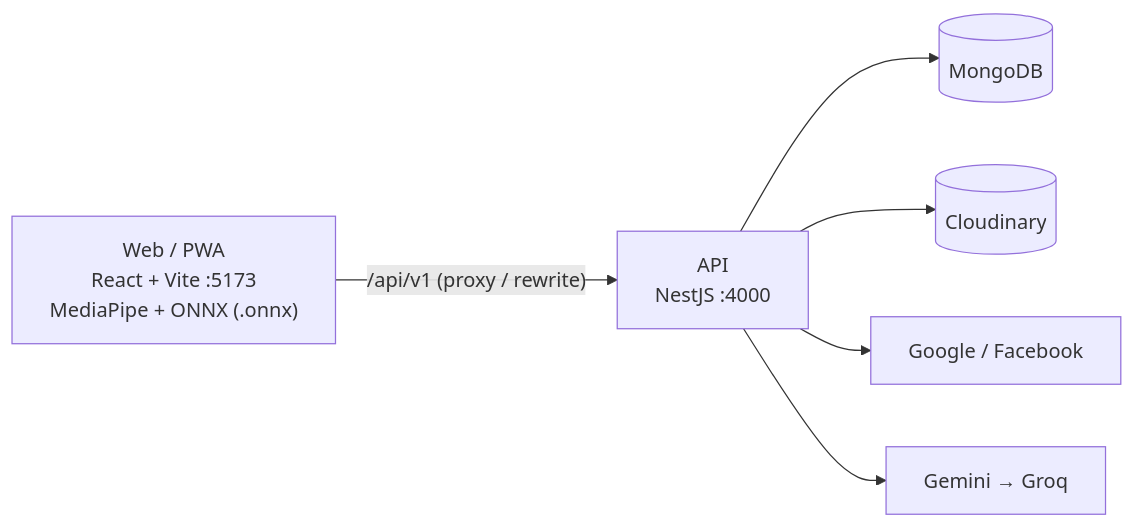
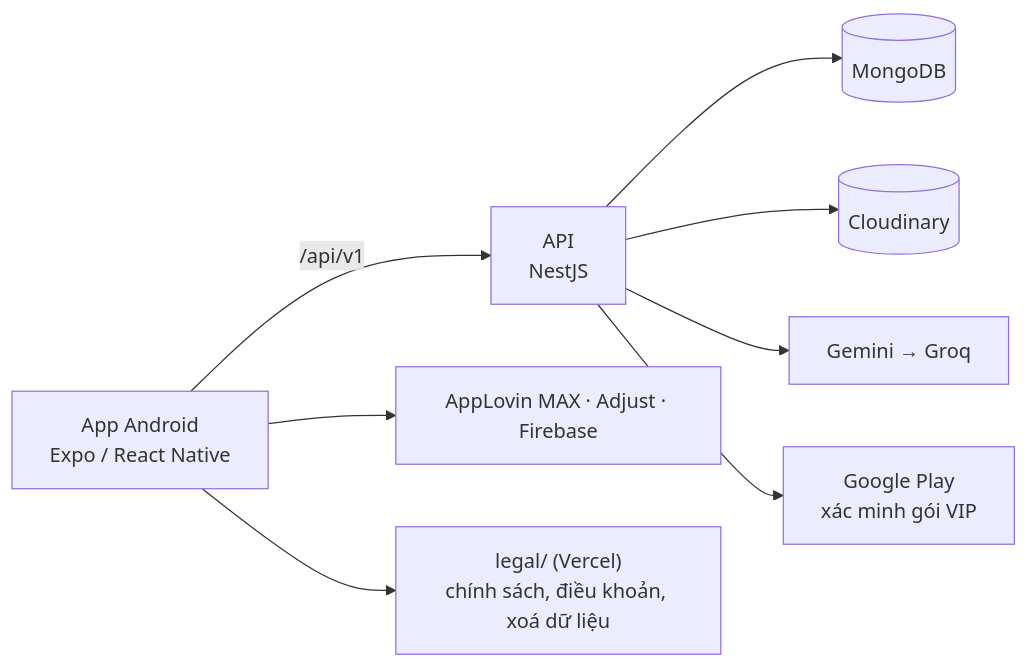
One commit to ahauy/boi changed the diagram in README.md. Above: the diagram before and after it, drawn with Mermaid. The commit also changed other lines of this file and 332 other files, not shown here.

Commit message:
Rewrite policies and docs for the Android-only app (#27)

````diff
--- a/README.md
+++ b/README.md
@@ -34,8 +33,10 @@
 ```mermaid
 flowchart LR
-    web["Web / PWA<br/>React + Vite :5173<br/>MediaPipe + ONNX (.onnx)"] -->|"/api/v1 (proxy / rewrite)"| api["API<br/>NestJS :4000"]
+    app["App Android<br/>Expo / React Native"] -->|"/api/v1"| api["API<br/>NestJS"]
     api --> mongo[(MongoDB)]
     api --> cloud[(Cloudinary)]
-    api --> oauth["Google / Facebook"]
     api --> ai["Gemini → Groq"]
+    api --> play["Google Play<br/>xác minh gói VIP"]
+    app --> ads["AppLovin MAX · Adjust · Firebase"]
+    app --> legal["legal/ (Vercel)<br/>chính sách, điều khoản, xoá dữ liệu"]
 ```
````
